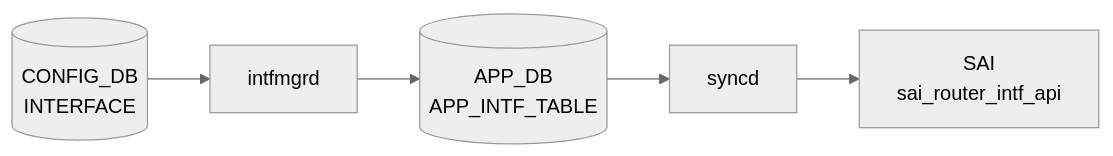
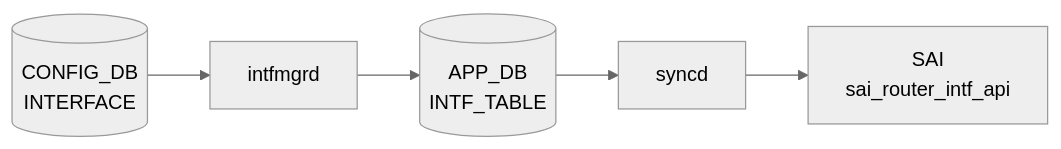
The diagram in docs/reference/config-db/interface.md (aoki-taquan/sonic-unofficial-docs), drawn with Mermaid (neutral theme) before and after one commit. The commit also changed other lines of this file and 19 other files, not shown here.

````diff
--- a/docs/reference/config-db/interface.md
+++ b/docs/reference/config-db/interface.md
@@ -32,12 +32,12 @@
 ```mermaid
 flowchart LR
   CDB[("CONFIG_DB<br/>INTERFACE")]
   DM["intfmgrd"]
   CDB --> DM
-  APPDB[("APP_DB<br/>APP_INTF_TABLE")]
+  APPDB[("APP_DB<br/>INTF_TABLE")]
   DM --> APPDB
   SYNCD["syncd"]
   APPDB --> SYNCD
   SAI["SAI<br/>sai_router_intf_api"]
   SYNCD --> SAI
 ```
````
